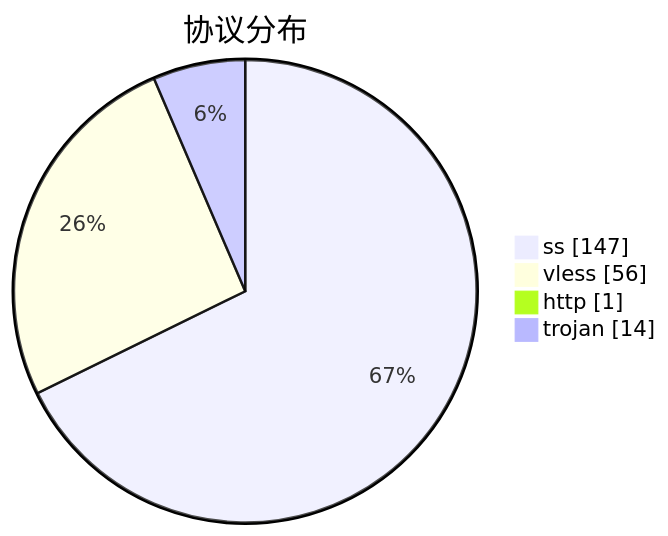
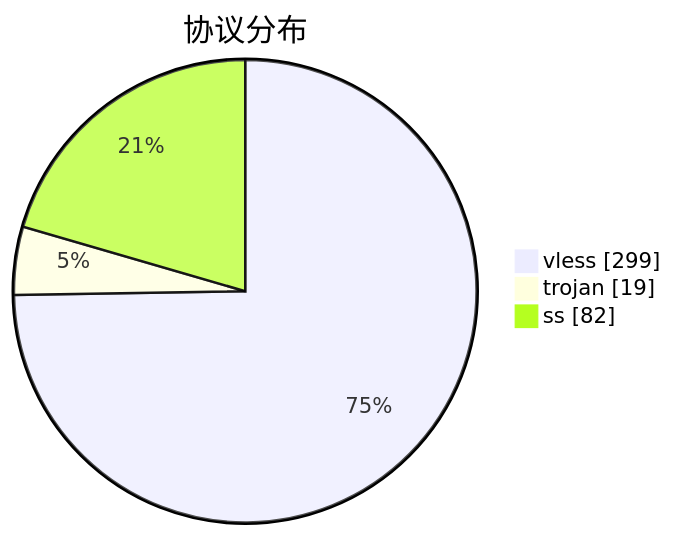
The third of 3 diagrams in subs/statistics/tested_within.md (qjlxg/airport), drawn with Mermaid before and after one commit. The commit also changed other lines of this file and 2 other files, not shown here.

````diff
--- a/subs/statistics/tested_within.md
+++ b/subs/statistics/tested_within.md
@@ -18,8 +20,7 @@
 ```mermaid
 pie showData
 title 协议分布
-"ss" : 147
-"vless" : 56
-"http" : 1
-"trojan" : 14
+"vless" : 299
+"trojan" : 19
+"ss" : 82
 ```
````
